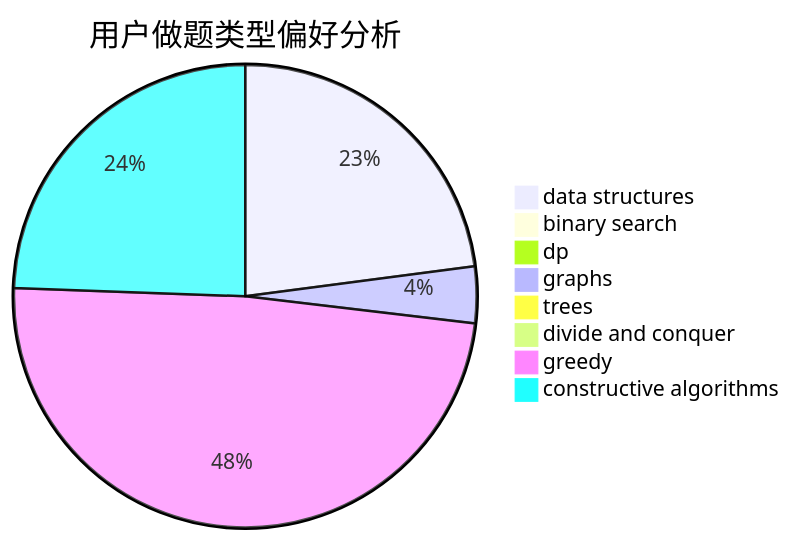
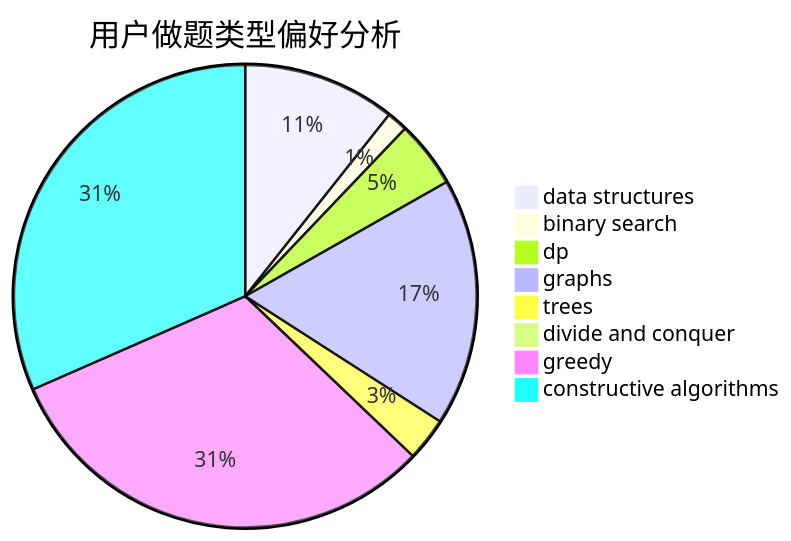
The second of 3 diagrams in docs/user/u926.md (sherpahu/cfrs.github.io), drawn with Mermaid before and after one commit. The commit also changed other lines of this file and 2770 other files, not shown here.

````diff
--- a/docs/user/u926.md
+++ b/docs/user/u926.md
@@ -23,11 +23,11 @@
 ```mermaid
 pie title 用户做题类型偏好分析
-    "data structures" :  290
-    "binary search" :  2
-    "dp" :  5
-    "graphs" :  50
-    "trees" :  5
-    "divide and conquer" :  0
-    "greedy" :  616
-    "constructive algorithms" :  309
+    "data structures" :  183
+    "binary search" :  25
+    "dp" :  80
+    "graphs" :  297
+    "trees" :  52
+    "divide and conquer" :  13
+    "greedy" :  537
+    "constructive algorithms" :  542
 ```
````
